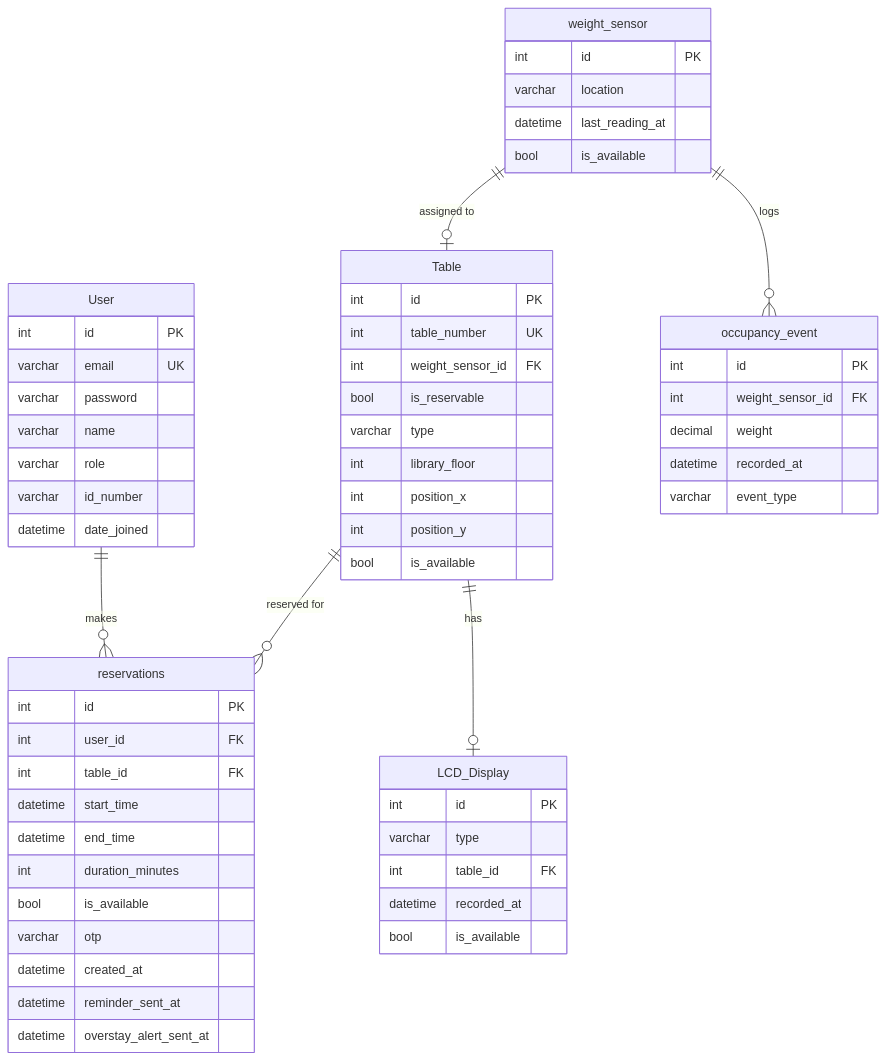
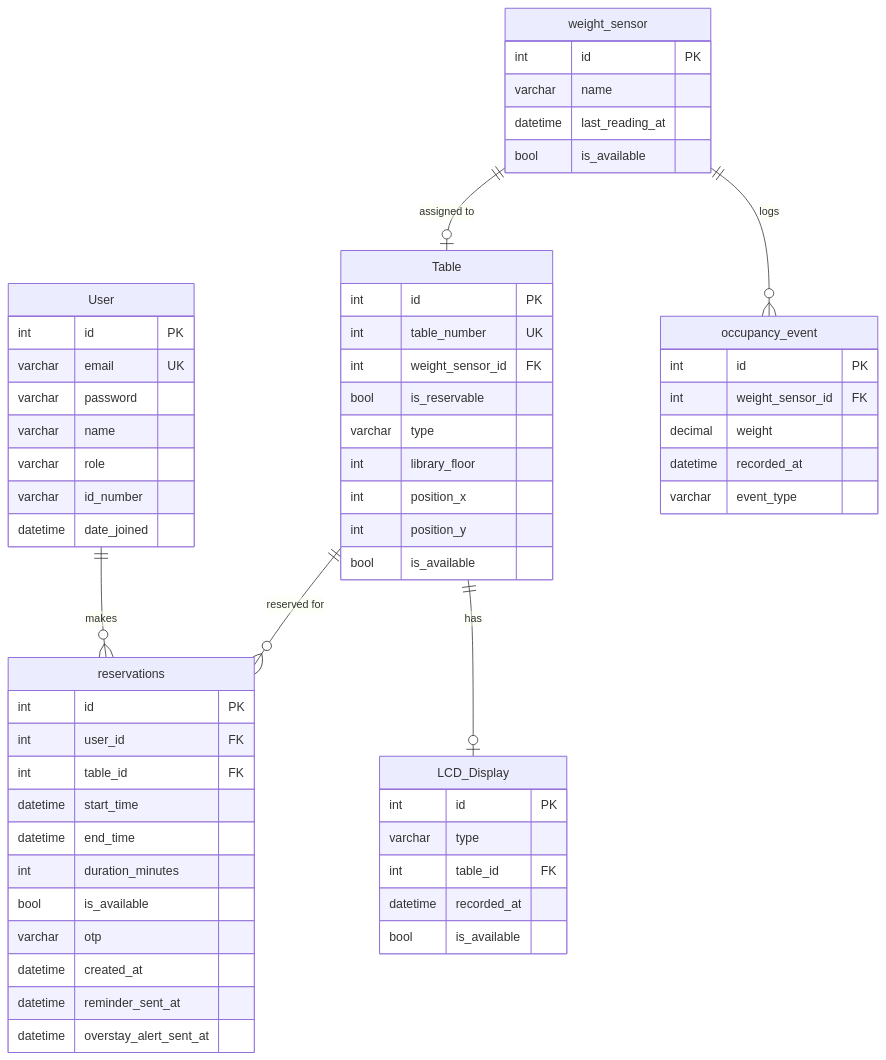
The first of 2 diagrams in docs/ERD.md (LinThitHtwe/Capstone_backend), drawn with Mermaid before and after one commit. The commit also changed other lines of this file and 6 other files, not shown here.

````diff
--- a/docs/ERD.md
+++ b/docs/ERD.md
@@ -11,68 +11,68 @@
 ```mermaid
 %%{init: {"er": {"curve": "linear"}} }%%
 erDiagram
     User ||--o{ reservations : "makes"
     Table ||--o{ reservations : "reserved for"
     Table ||--o| LCD_Display : "has"
     weight_sensor ||--o| Table : "assigned to"
     weight_sensor ||--o{ occupancy_event : "logs"
 
     User {
         int id PK
         varchar email UK
         varchar password
         varchar name
         varchar role
         varchar id_number
         datetime date_joined
     }
 
     weight_sensor {
         int id PK
-        varchar location
+        varchar name
         datetime last_reading_at
         bool is_available
     }
 
     Table {
         int id PK
         int table_number UK
         int weight_sensor_id FK
         bool is_reservable
         varchar type
         int library_floor
         int position_x
         int position_y
         bool is_available
     }
 
     LCD_Display {
         int id PK
         varchar type
         int table_id FK
         datetime recorded_at
         bool is_available
     }
 
     occupancy_event {
         int id PK
         int weight_sensor_id FK
         decimal weight
         datetime recorded_at
         varchar event_type
     }
 
     reservations {
         int id PK
         int user_id FK
         int table_id FK
         datetime start_time
         datetime end_time
         int duration_minutes
         bool is_available
         varchar otp
         datetime created_at
         datetime reminder_sent_at
         datetime overstay_alert_sent_at
     }
 ```
````
